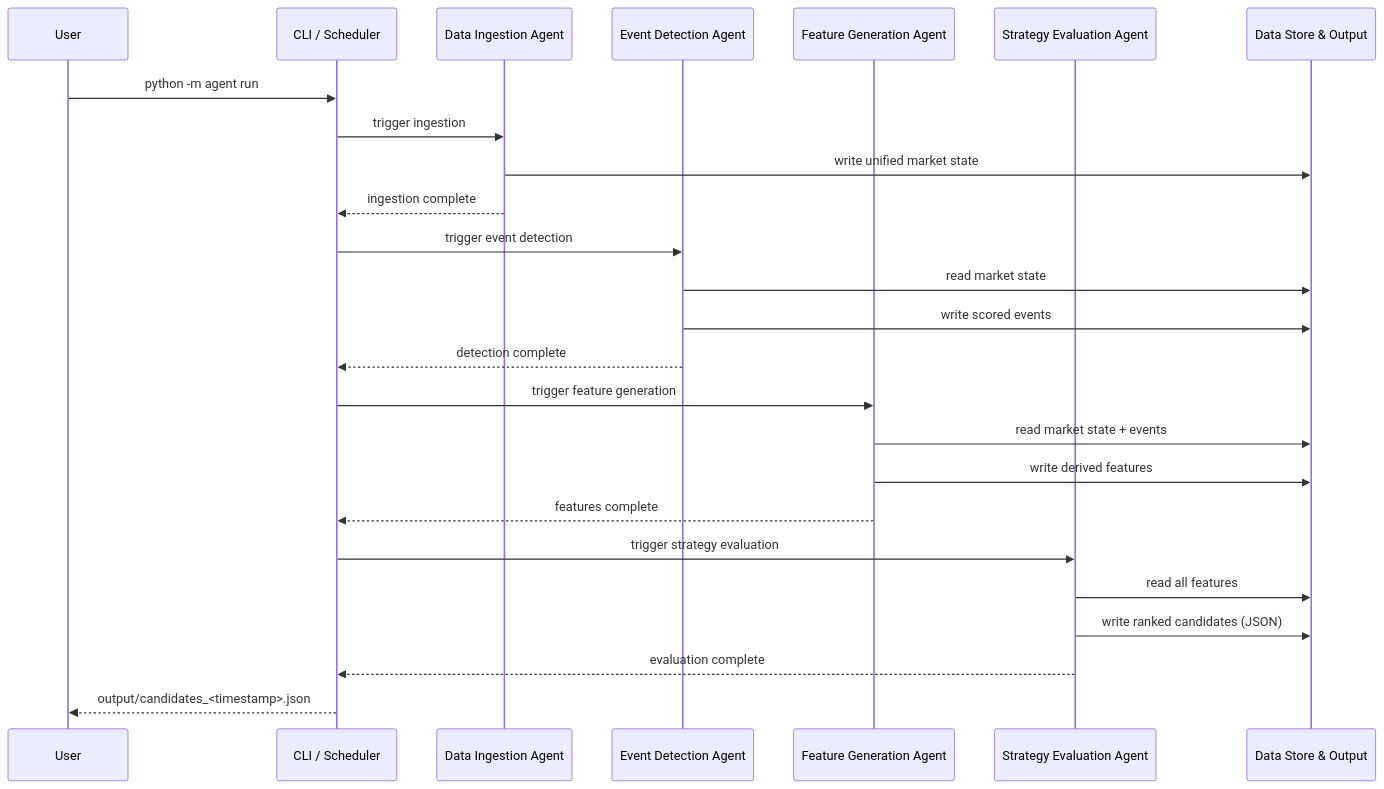
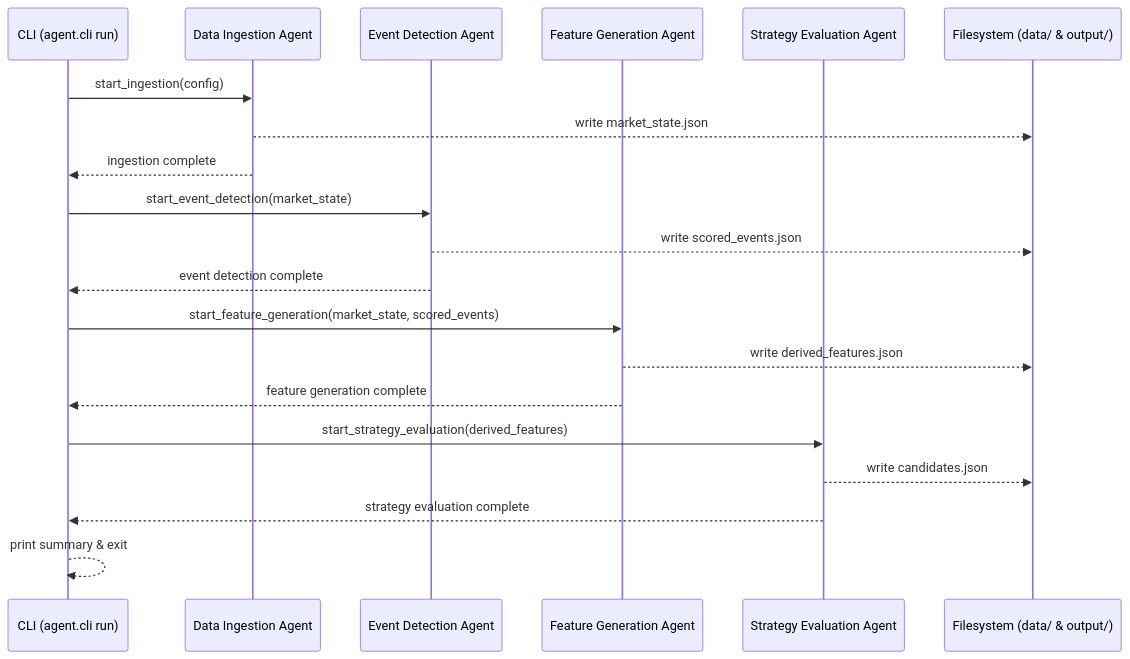
The second of 2 diagrams in docs/generated/user_guide_full-pipeline.md (jeisenback/golden_boy_peanuts), drawn with Mermaid before and after one commit. The commit also changed other lines of this file, not shown here.

Commit message:
docs: regenerate user guide [skip ci]

````diff
--- a/docs/generated/user_guide_full-pipeline.md
+++ b/docs/generated/user_guide_full-pipeline.md
@@ -238,28 +256,27 @@
 ```mermaid
 sequenceDiagram
-    participant User
-    participant CLI as CLI / Scheduler
-    participant DIA as Data Ingestion Agent
-    participant EDA as Event Detection Agent
-    participant FGA as Feature Generation Agent
-    participant SEA as Strategy Evaluation Agent
-    participant Store as Data Store & Output
+    participant CLI as CLI (agent.cli run)
+    participant IA  as Data Ingestion Agent
+    participant EA  as Event Detection Agent
+    participant FA  as Feature Generation Agent
+    participant SA  as Strategy Evaluation Agent
+    participant FS  as Filesystem (data/ & output/)
 
-    User->>CLI: python -m agent run
-    CLI->>DIA: trigger ingestion
-    DIA->>Store: write unified market state
-    DIA-->>CLI: ingestion complete
-    CLI->>EDA: trigger event detection
-    EDA->>Store: read market state
-    EDA->>Store: write scored events
-    EDA-->>CLI: detection complete
-    CLI->>FGA: trigger feature generation
-    FGA->>Store: read market state + events
-    FGA->>Store: write derived features
-    FGA-->>CLI: features complete
-    CLI->>SEA: trigger strategy evaluation
-    SEA->>Store: read all features
-    SEA->>Store: write ranked candidates (JSON)
-    SEA-->>CLI: evaluation complete
-    CLI-->>User: output/candidates_<timestamp>.json
+    CLI->>IA: start_ingestion(config)
+    IA-->>FS: write market_state.json
+    IA-->>CLI: ingestion complete
+
+    CLI->>EA: start_event_detection(market_state)
+    EA-->>FS: write scored_events.json
+    EA-->>CLI: event detection complete
+
+    CLI->>FA: start_feature_generation(market_state, scored_events)
+    FA-->>FS: write derived_features.json
+    FA-->>CLI: feature generation complete
+
+    CLI->>SA: start_strategy_evaluation(derived_features)
+    SA-->>FS: write candidates.json
+    SA-->>CLI: strategy evaluation complete
+
+    CLI-->>CLI: print summary & exit
 ```
````
